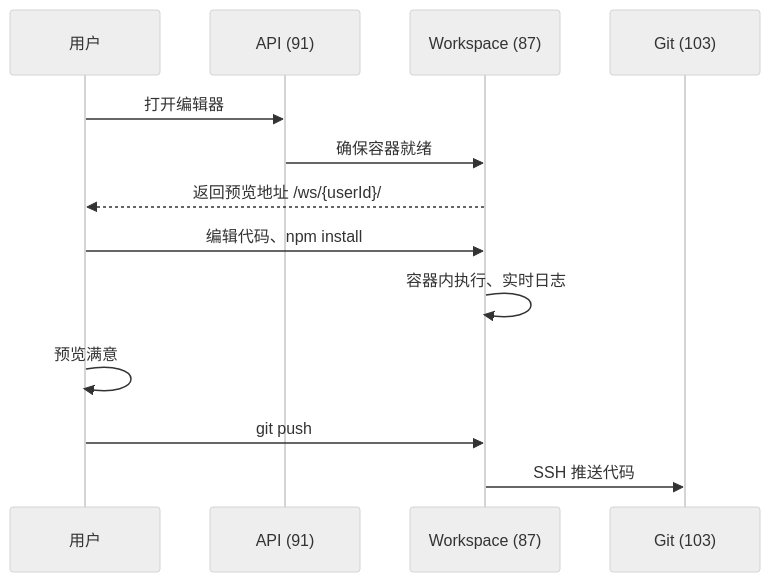
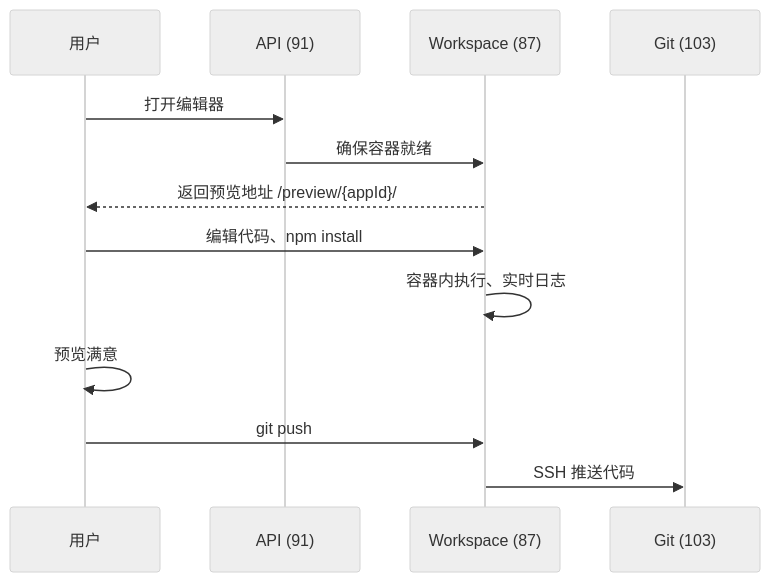
Before and after one commit to ruiAndroid/fun-ai-studio-api: the second of 4 diagrams in src/main/resources/doc/domains/architecture/README.md, drawn with Mermaid (neutral theme). The commit also changed other lines of this file and 30 other files, not shown here.

````diff
--- a/src/main/resources/doc/domains/architecture/README.md
+++ b/src/main/resources/doc/domains/architecture/README.md
@@ -115,19 +115,19 @@
 ```mermaid
 sequenceDiagram
     participant U as 用户
     participant API as API (91)
     participant WS as Workspace (87)
     participant Git as Git (103)
 
     U->>API: 打开编辑器
     API->>WS: 确保容器就绪
-    WS-->>U: 返回预览地址 /ws/{userId}/
+    WS-->>U: 返回预览地址 /preview/{appId}/
 
     U->>WS: 编辑代码、npm install
     WS->>WS: 容器内执行、实时日志
 
     U->>U: 预览满意
 
     U->>WS: git push
     WS->>Git: SSH 推送代码
 ```
````
